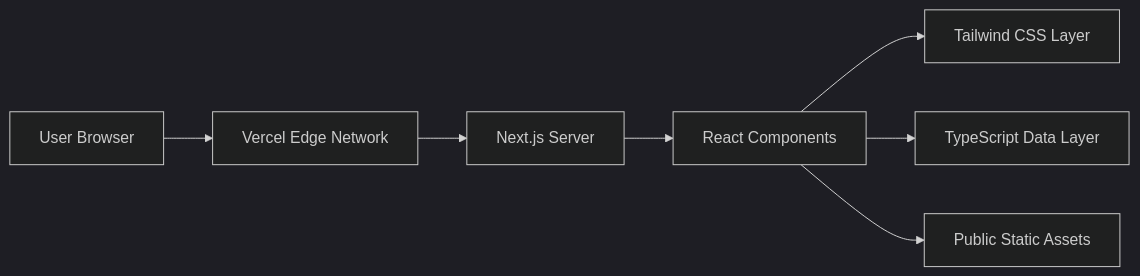
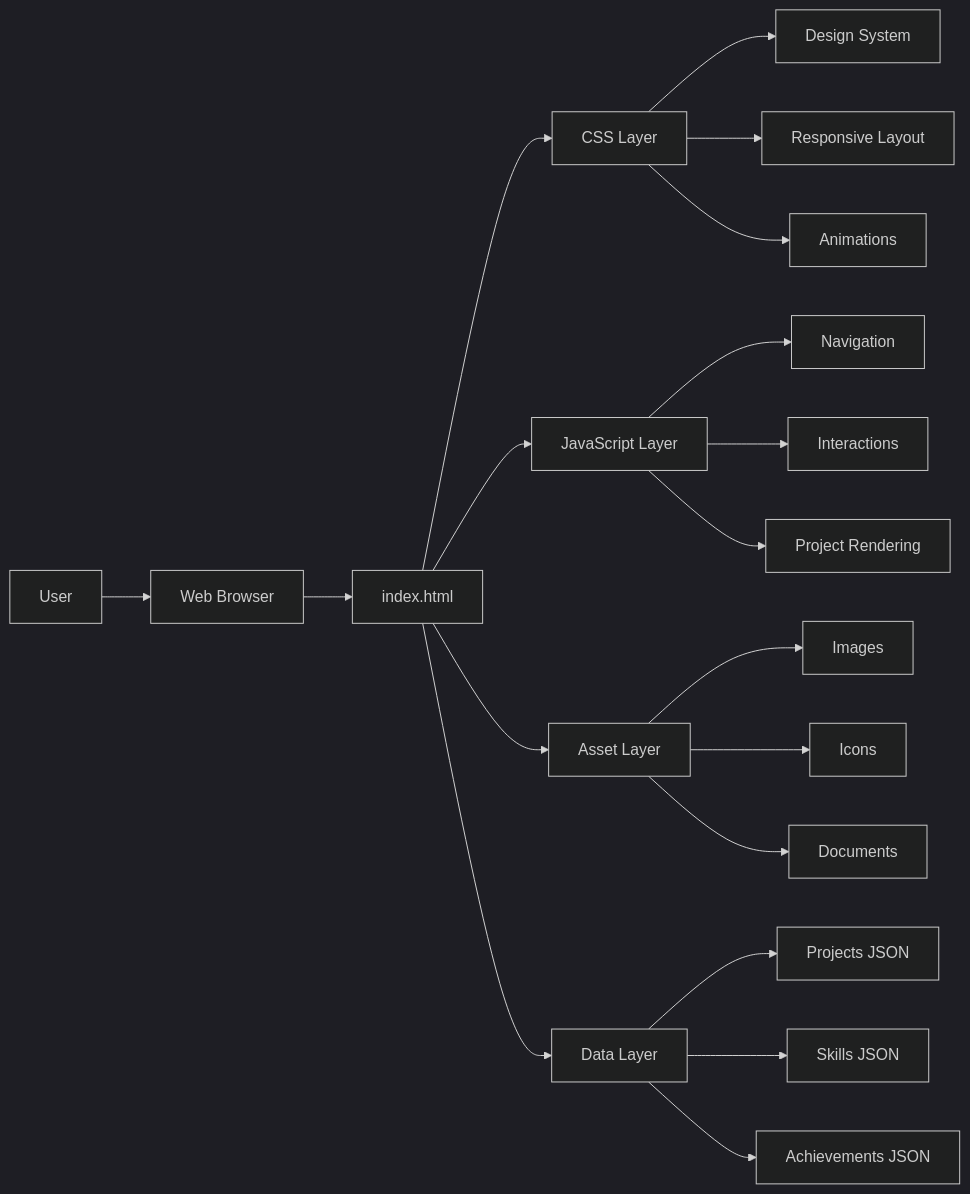
Before and after one commit to RishvinReddy/rishvin-reddy-portfolio: the second of 9 diagrams in README.md, drawn with Mermaid (dark theme). The commit also changed other lines of this file and 2 other files, not shown here.

Commit message:
docs: update README documentation and add favicon and icon assets

````diff
--- a/README.md
+++ b/README.md
@@ -293,11 +331,30 @@
 ```mermaid
 flowchart LR
-    U[User Browser]
-    U --> CDN[Vercel Edge Network]
-    CDN --> NEXT[Next.js Server]
-    
-    NEXT --> COMP[React Components]
-    COMP --> LAY[Tailwind CSS Layer]
-    COMP --> DATA[TypeScript Data Layer]
-    COMP --> ASSETS[Public Static Assets]
+
+    U[User]
+
+    U --> B[Web Browser]
+
+    B --> H[index.html]
+
+    H --> C[CSS Layer]
+    H --> J[JavaScript Layer]
+    H --> A[Asset Layer]
+    H --> D[Data Layer]
+
+    C --> DS[Design System]
+    C --> R[Responsive Layout]
+    C --> AN[Animations]
+
+    J --> NAV[Navigation]
+    J --> INT[Interactions]
+    J --> PR[Project Rendering]
+
+    D --> PJ[Projects JSON]
+    D --> SK[Skills JSON]
+    D --> AC[Achievements JSON]
+
+    A --> IMG[Images]
+    A --> ICON[Icons]
+    A --> DOC[Documents]
 ```
````
